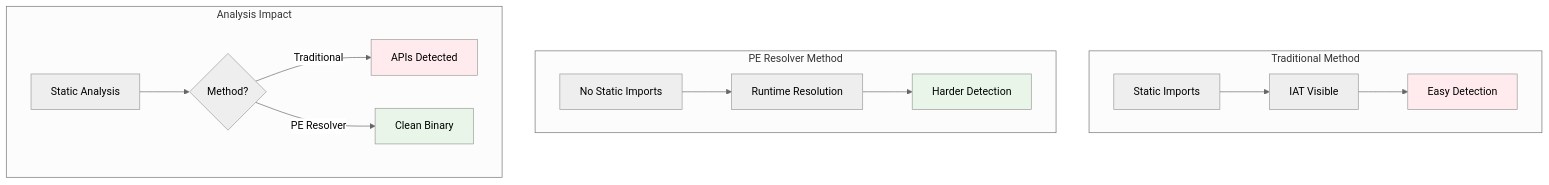
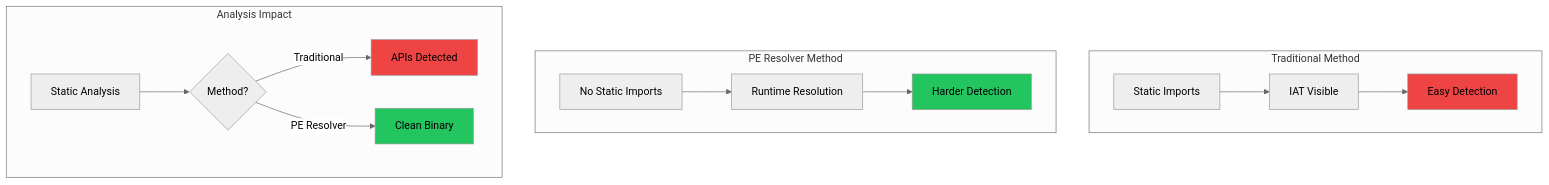
The tenth of 11 diagrams in diagrams.md (usuiWind/Windows-Import-Resolver), drawn with Mermaid (neutral theme) before and after one commit. The commit also changed other lines of this file, not shown here.

````diff
--- a/diagrams.md
+++ b/diagrams.md
@@ -220,23 +218,23 @@
 ```mermaid
 graph TB
     subgraph Traditional["Traditional Method"]
         A1[Static Imports] --> A2[IAT Visible]
         A2 --> A3[Easy Detection]
     end
     
     subgraph Resolver["PE Resolver Method"]
         B1[No Static Imports] --> B2[Runtime Resolution]
         B2 --> B3[Harder Detection]
     end
     
     subgraph Analysis["Analysis Impact"]
         C1[Static Analysis] --> C2{Method?}
         C2 -->|Traditional| C3[APIs Detected]
         C2 -->|PE Resolver| C4[Clean Binary]
     end
     
-    style A3 fill:#ffebee
-    style B3 fill:#e8f5e8
-    style C3 fill:#ffebee
-    style C4 fill:#e8f5e8
+    style A3 fill:#ef4444
+    style B3 fill:#22c55e
+    style C3 fill:#ef4444
+    style C4 fill:#22c55e
 ```
````
